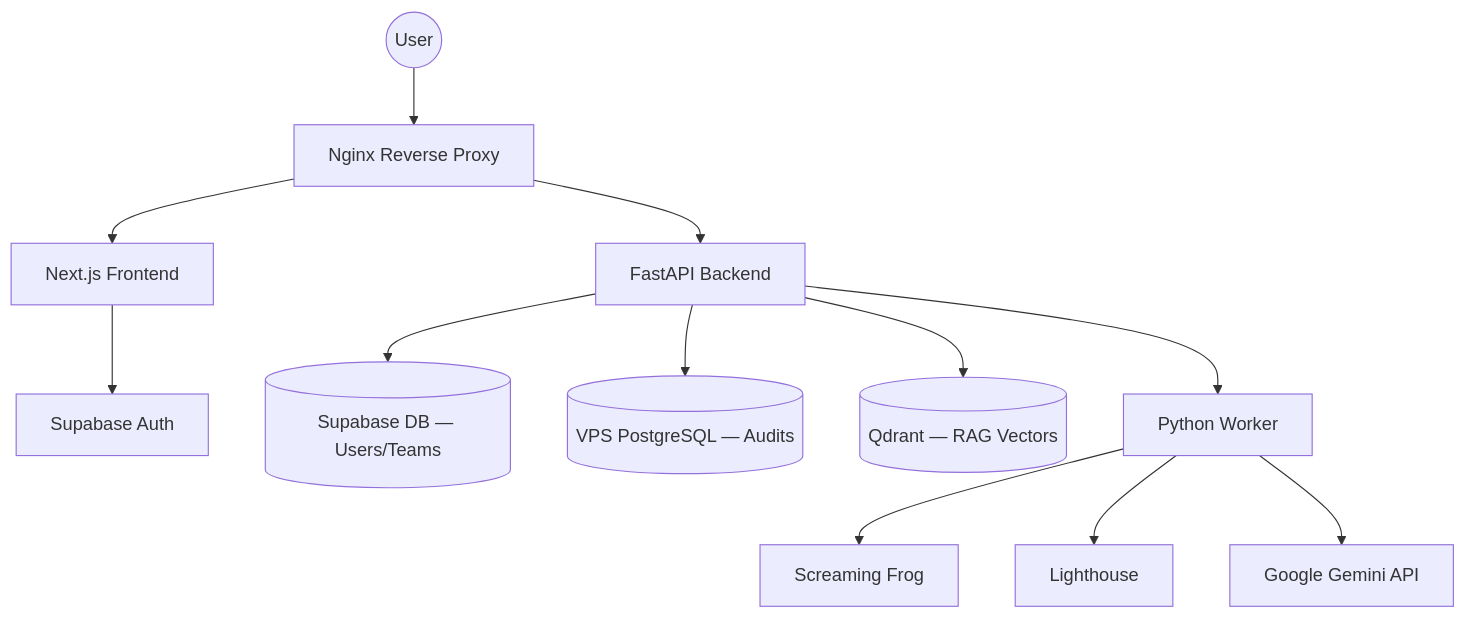
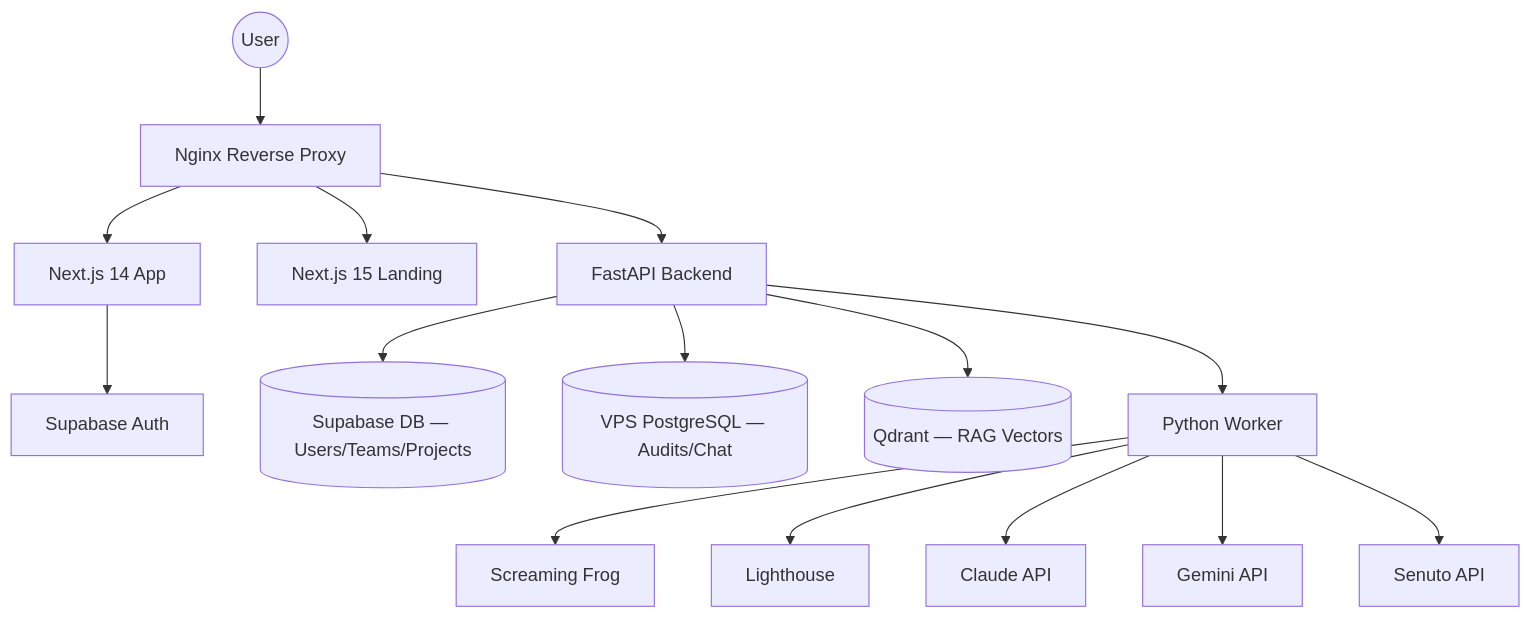
The diagram in docs/architecture.md (dawidkawalec/sitespector), drawn with Mermaid before and after one commit. The commit also changed other lines of this file and 11 other files, not shown here.

````diff
--- a/docs/architecture.md
+++ b/docs/architecture.md
@@ -26,14 +27,17 @@
 ```mermaid
 graph TD
     User((User)) --> Nginx[Nginx Reverse Proxy]
-    Nginx --> Frontend[Next.js Frontend]
+    Nginx --> Frontend[Next.js 14 App]
+    Nginx --> Landing[Next.js 15 Landing]
     Nginx --> Backend[FastAPI Backend]
     Frontend --> SupabaseAuth[Supabase Auth]
-    Backend --> SupabaseDB[(Supabase DB — Users/Teams)]
-    Backend --> VPS_DB[(VPS PostgreSQL — Audits)]
+    Backend --> SupabaseDB[(Supabase DB — Users/Teams/Projects)]
+    Backend --> VPS_DB[(VPS PostgreSQL — Audits/Chat)]
     Backend --> Qdrant[(Qdrant — RAG Vectors)]
     Backend --> Worker[Python Worker]
     Worker --> ScreamingFrog[Screaming Frog]
     Worker --> Lighthouse[Lighthouse]
-    Worker --> GeminiAPI[Google Gemini API]
+    Worker --> ClaudeAPI[Claude API]
+    Worker --> GeminiAPI[Gemini API]
+    Worker --> SenutoAPI[Senuto API]
 ```
````
